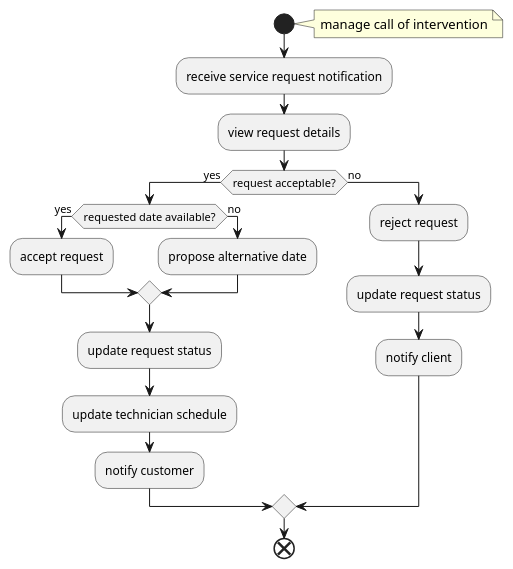
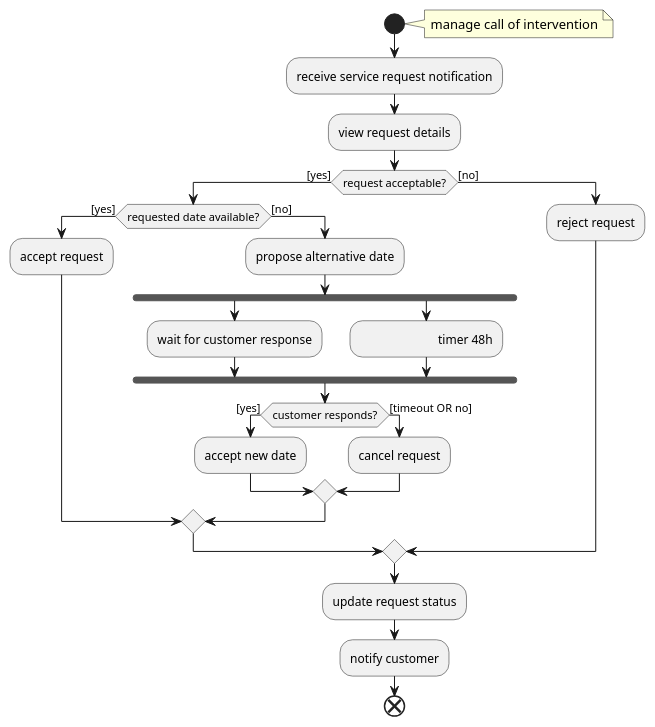
The diagram in doc/activity_diagrams/manage_call_plantuml.md (GiuEliNo/JustIT), drawn with PlantUML before and after one commit. The commit also changed 2 other files, not shown here.

Commit message:
fix (doc): book_intervantion_plantuml.md add a timer

````diff
--- a/doc/activity_diagrams/manage_call_plantuml.md
+++ b/doc/activity_diagrams/manage_call_plantuml.md
@@ -1,34 +1,49 @@
 ```plantuml
 @startuml
 start
 
 note right
 manage call of intervention
 end note
 
 :receive service request notification;
 :view request details;
 
-if (request acceptable?) then (yes)
+if (request acceptable?) then ([yes])
 
-    if (requested date available?) then (yes)
+    if (requested date available?) then ([yes])
         :accept request;
-    else (no)
+    else ([no])
         :propose alternative date;
+        fork
+            :wait for customer response;
+            
+        fork again
+        
+            :\t\t\t timer 48h; <<timeEvent>>
+            
+        end fork
+        
+        if (customer responds?) then ([yes])
+                :accept new date;
+            else ([timeout OR no])
+                :cancel request;
+        
+        endif
+        
     endif
 
-    :update request status;
-    :update technician schedule;
-    :notify customer;
 
-else (no)
+else ([no])
 
     :reject request;
-    :update request status;
-    :notify client;
+
 
 endif
+
+:update request status;
+:notify customer;
 
 end
 @enduml
 ```
````
